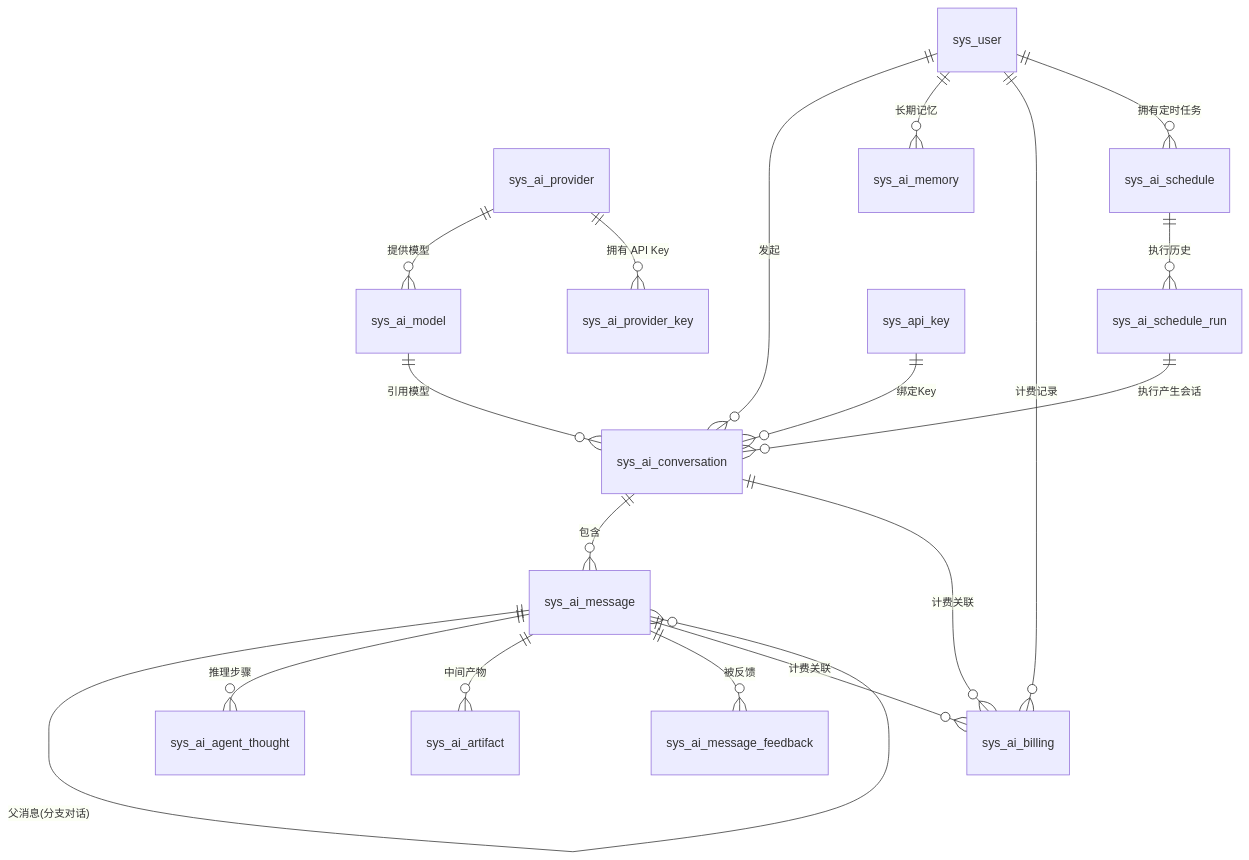
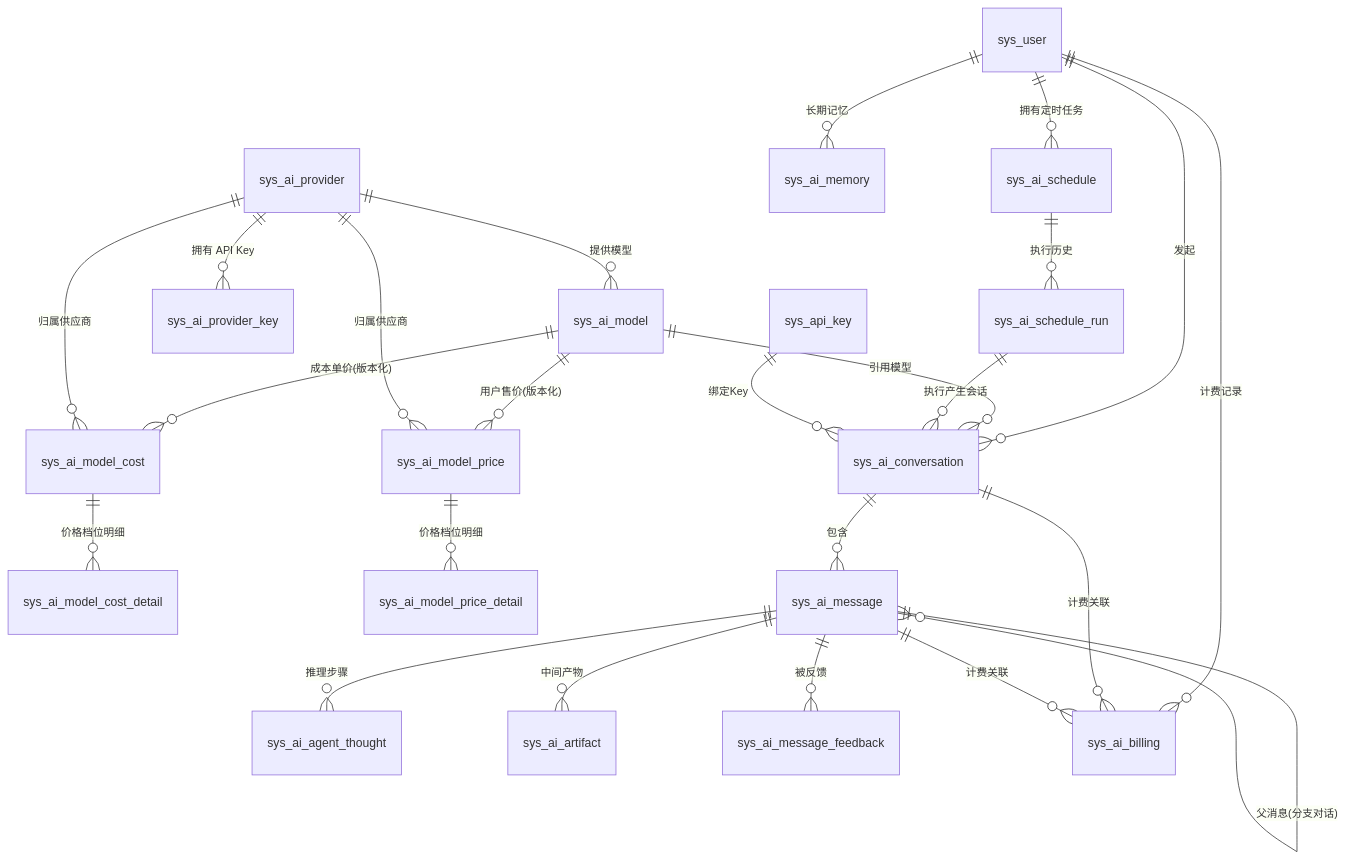
One commit to earthy-zinc/dehaze-system changed the sixth of 7 diagrams in dehaze-doc/docs/02-系统架构/03-数据库设计.md. Above: the diagram before and after it, drawn with Mermaid. The commit also changed other lines of this file and 119 other files, not shown here.

````diff
--- a/dehaze-doc/docs/02-系统架构/03-数据库设计.md
+++ b/dehaze-doc/docs/02-系统架构/03-数据库设计.md
@@ -132,20 +132,26 @@
 ```mermaid
 erDiagram
     sys_user ||--o{ sys_ai_conversation : "发起"
     sys_ai_provider ||--o{ sys_ai_model : "提供模型"
     sys_ai_provider ||--o{ sys_ai_provider_key : "拥有 API Key"
     sys_ai_model ||--o{ sys_ai_conversation : "引用模型"
+    sys_ai_model ||--o{ sys_ai_model_cost : "成本单价(版本化)"
+    sys_ai_model ||--o{ sys_ai_model_price : "用户售价(版本化)"
+    sys_ai_model_cost ||--o{ sys_ai_model_cost_detail : "价格档位明细"
+    sys_ai_model_price ||--o{ sys_ai_model_price_detail : "价格档位明细"
+    sys_ai_provider ||--o{ sys_ai_model_cost : "归属供应商"
+    sys_ai_provider ||--o{ sys_ai_model_price : "归属供应商"
     sys_ai_conversation ||--o{ sys_ai_message : "包含"
     sys_ai_message ||--o{ sys_ai_message : "父消息(分支对话)"
     sys_ai_message ||--o{ sys_ai_agent_thought : "推理步骤"
     sys_ai_message ||--o{ sys_ai_artifact : "中间产物"
     sys_ai_message ||--o{ sys_ai_message_feedback : "被反馈"
     sys_user ||--o{ sys_ai_memory : "长期记忆"
     sys_user ||--o{ sys_ai_billing : "计费记录"
     sys_user ||--o{ sys_ai_schedule : "拥有定时任务"
     sys_ai_schedule ||--o{ sys_ai_schedule_run : "执行历史"
     sys_ai_schedule_run ||--o{ sys_ai_conversation : "执行产生会话"
     sys_api_key ||--o{ sys_ai_conversation : "绑定Key"
     sys_ai_conversation ||--o{ sys_ai_billing : "计费关联"
     sys_ai_message ||--o{ sys_ai_billing : "计费关联"
 ```
````
